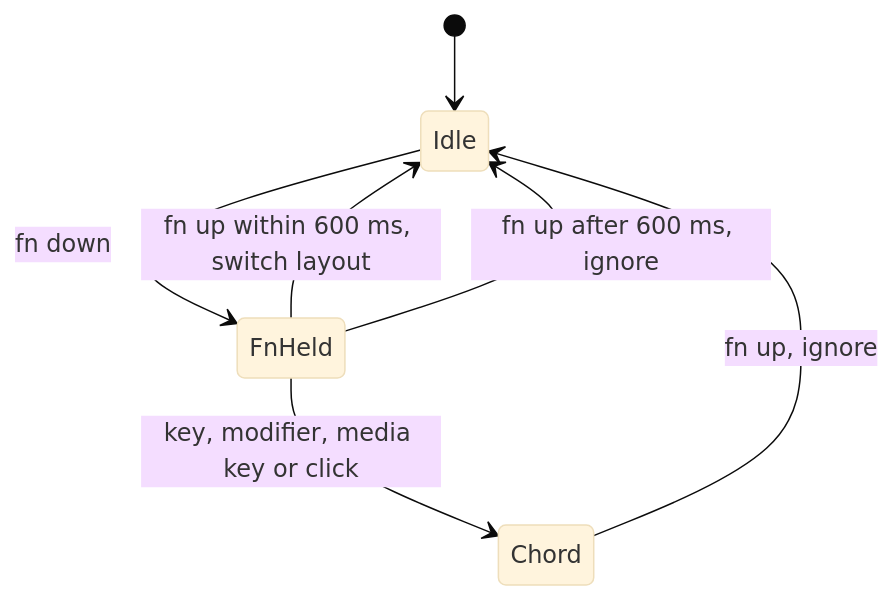
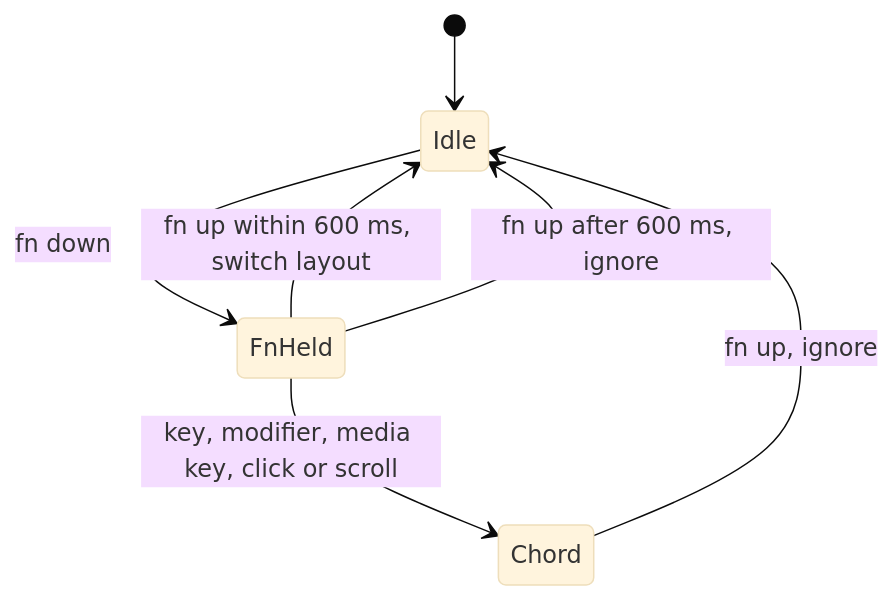
The third of 4 diagrams in README.md (dmytro-yemelianov/globe-switch), drawn with Mermaid (base theme) before and after one commit. The commit also changed other lines of this file and 20 other files, not shown here.

````diff
--- a/README.md
+++ b/README.md
@@ -58,9 +58,9 @@
 ```mermaid
 stateDiagram-v2
     [*] --> Idle
     Idle --> FnHeld: fn down
     FnHeld --> Idle: fn up within 600 ms, switch layout
     FnHeld --> Idle: fn up after 600 ms, ignore
-    FnHeld --> Chord: key, modifier, media key or click
+    FnHeld --> Chord: key, modifier, media key, click or scroll
     Chord --> Idle: fn up, ignore
 ```
````
